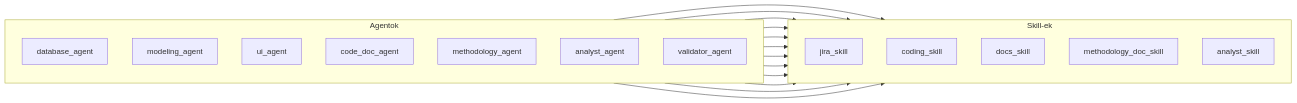
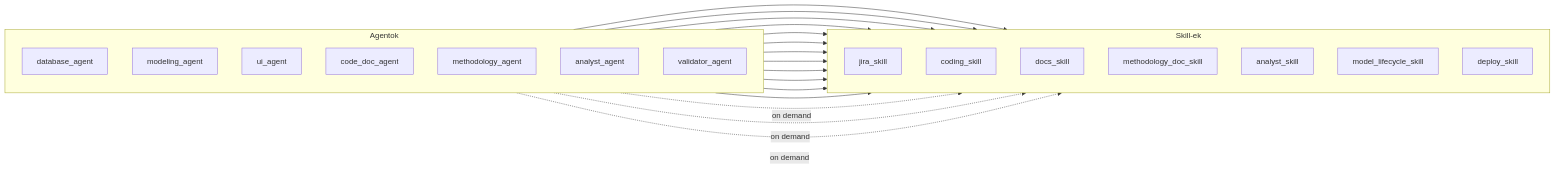
The tenth of 24 diagrams in _doc_/0001_agentic_system.md (Nemesis14/chronoquant), drawn with Mermaid before and after one commit. The commit also changed other lines of this file and 1464 other files, not shown here.

Commit message:
new registry architecture

````diff
--- a/_doc_/0001_agentic_system.md
+++ b/_doc_/0001_agentic_system.md
@@ -240,30 +240,34 @@
 ```mermaid
 flowchart LR
   subgraph AG[Agentok]
     direction TB
     DB[database_agent]
     MOD[modeling_agent]
     UI[ui_agent]
     DOC[code_doc_agent]
     METH[methodology_agent]
     ANA[analyst_agent]
     VAL[validator_agent]
   end
 
   subgraph SK[Skill-ek]
     direction TB
     JS[jira_skill]
     CS[coding_skill]
     DS[docs_skill]
     MS[methodology_doc_skill]
     AS[analyst_skill]
+    MLS[model_lifecycle_skill]
+    DEP[deploy_skill]
   end
 
   DB --> JS & CS
   MOD --> JS & CS
   UI --> JS & CS
   DOC --> JS & DS
   METH --> JS & MS
   ANA --> AS
   VAL --> JS
+  MOD -.->|on demand| MLS & DEP
+  DB -.->|on demand| DEP
 ```
````
